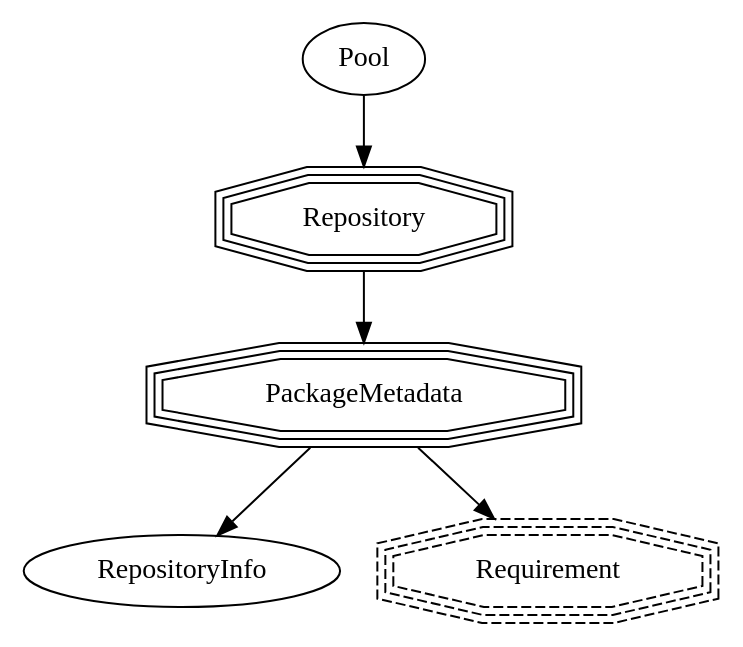
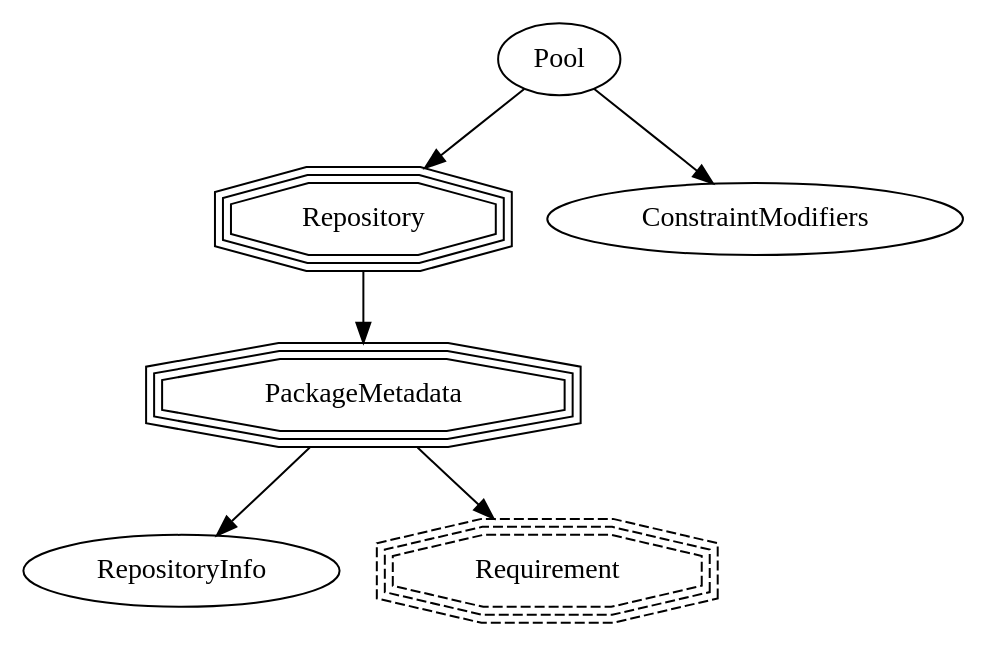
Before and after one commit to enthought/sat-solver: the seventh of 10 diagrams in docs/source/architecture.rst, drawn with Graphviz. The commit also changed other lines of this file and 4 other files, not shown here.

```diff
--- a/docs/source/architecture.rst
+++ b/docs/source/architecture.rst
@@ -117,11 +146,12 @@
 .. graphviz::
 
     digraph G {
-        Pool -> Repository
-        Repository -> PackageMetadata
+        Pool -> Repository;
+        Pool -> ConstraintModifiers;
+        Repository -> PackageMetadata;
         PackageMetadata -> RepositoryInfo;
         PackageMetadata -> Requirement;
         Requirement [shape=tripleoctagon, style=dashed];
         Repository [shape=tripleoctagon];
         PackageMetadata [shape=tripleoctagon];
     }
```
